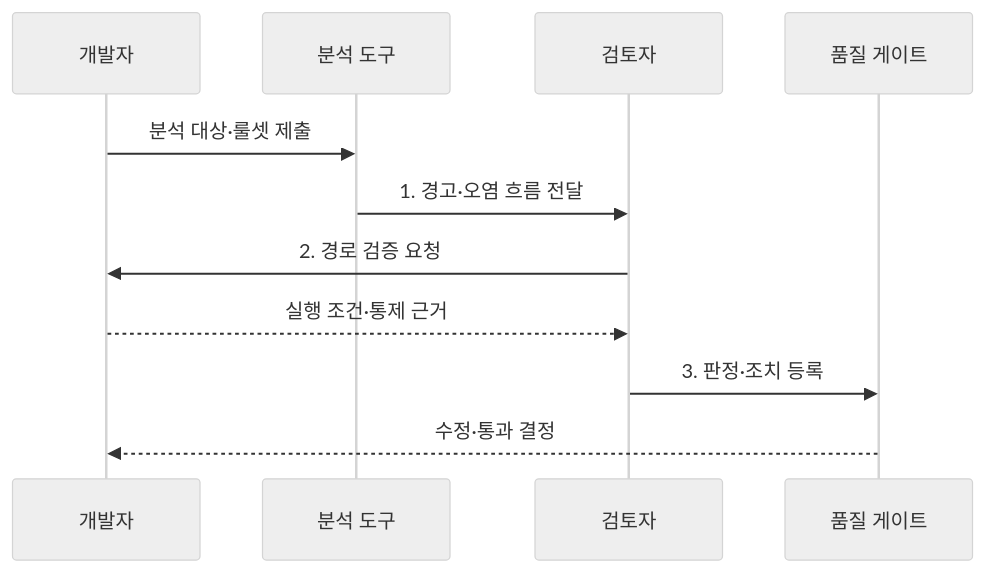
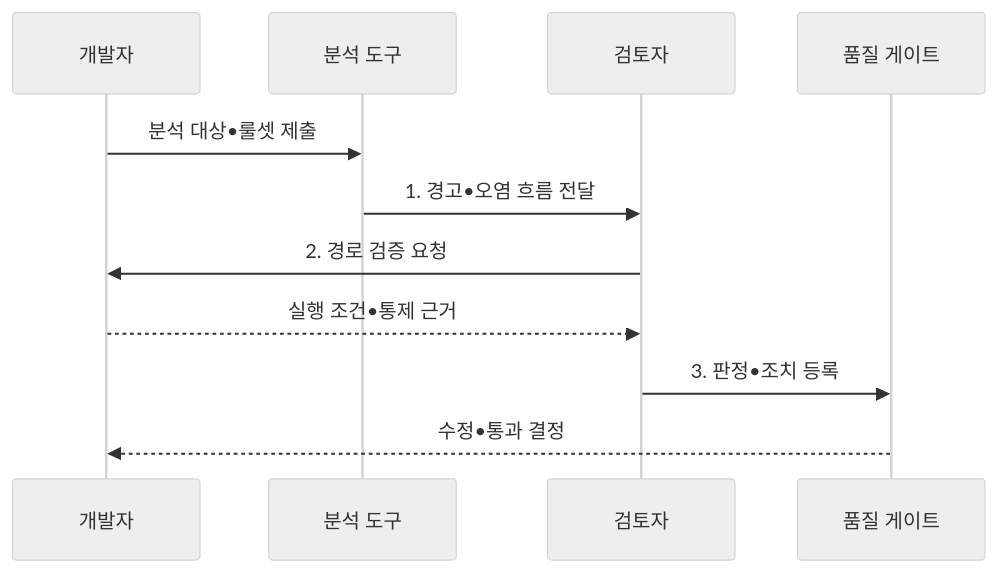
One commit to agnusdei1207/knowledge-base changed the second of 2 diagrams in src/content/docs/notes/06-evaluation/036_static_analysis_interpretation.md. Above: the diagram before and after it, drawn with Mermaid (neutral theme). The commit also changed other lines of this file and 953 other files, not shown here.

````diff
--- a/src/content/docs/notes/06-evaluation/036_static_analysis_interpretation.md
+++ b/src/content/docs/notes/06-evaluation/036_static_analysis_interpretation.md
@@ -104,13 +104,13 @@
 ```mermaid
 sequenceDiagram
     participant D as 개발자
     participant T as 분석 도구
     participant R as 검토자
     participant G as 품질 게이트
-    D->>T: 분석 대상·룰셋 제출
-    T->>R: 1. 경고·오염 흐름 전달
+    D->>T: 분석 대상•룰셋 제출
+    T->>R: 1. 경고•오염 흐름 전달
     R->>D: 2. 경로 검증 요청
-    D-->>R: 실행 조건·통제 근거
-    R->>G: 3. 판정·조치 등록
-    G-->>D: 수정·통과 결정
+    D-->>R: 실행 조건•통제 근거
+    R->>G: 3. 판정•조치 등록
+    G-->>D: 수정•통과 결정
 ```
````
